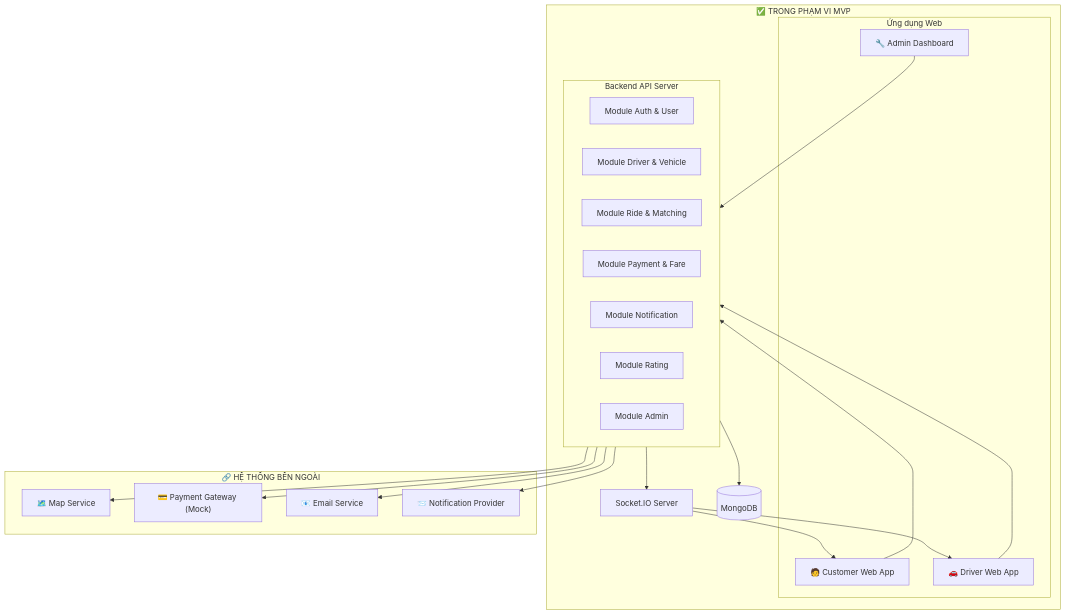
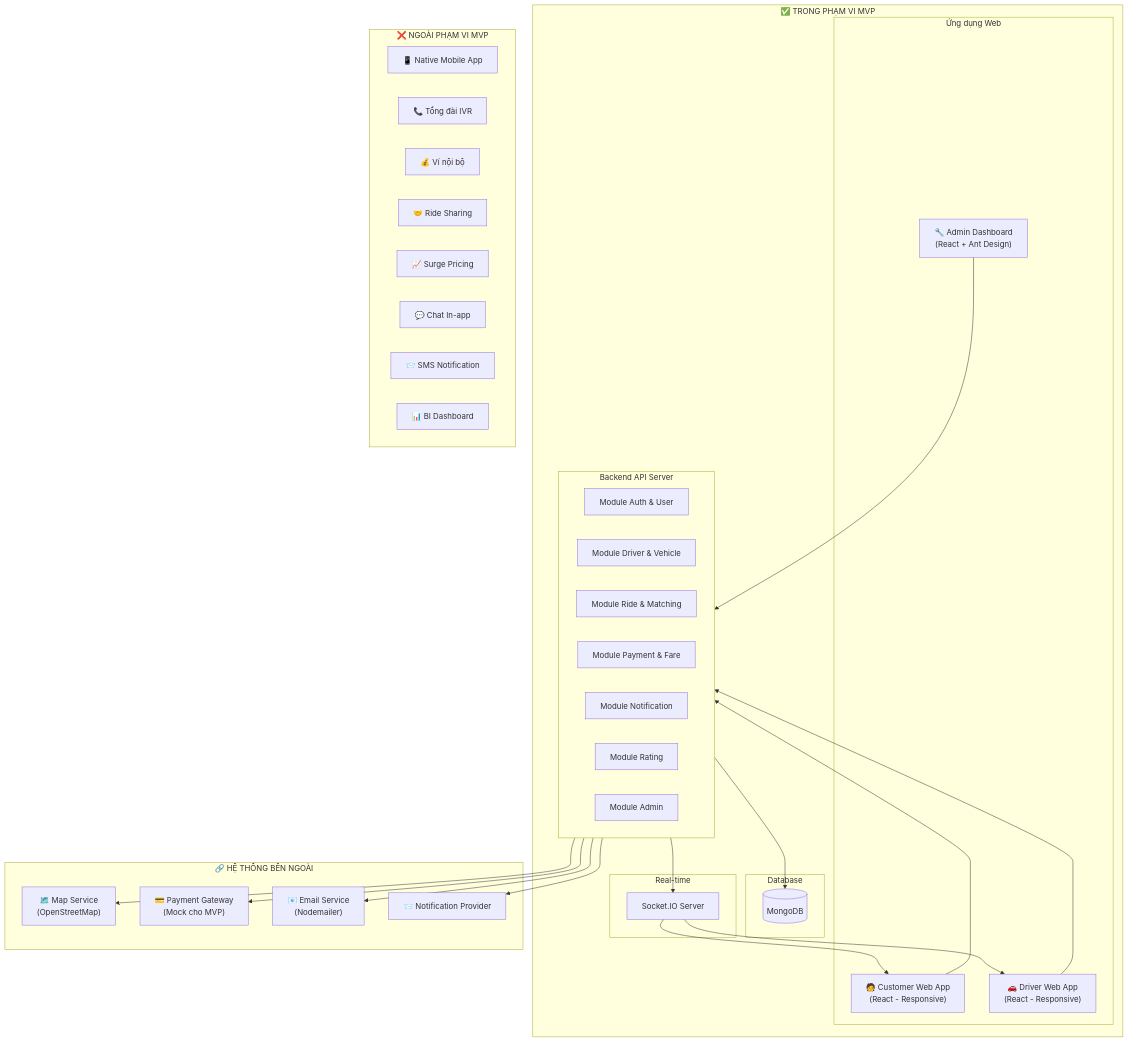
The fourth of 16 diagrams in srs.md (toru12030-netizen/23732061_MaiQuocHung_CabSystem), drawn with Mermaid before and after one commit. The commit also changed other lines of this file and 1 other file, not shown here.

Commit message:
Cập nhật nội dung srs

````diff
--- a/srs.md
+++ b/srs.md
@@ -266,40 +490,58 @@
 ```mermaid
 flowchart TB
     subgraph InScope["✅ TRONG PHẠM VI MVP"]
         subgraph Apps["Ứng dụng Web"]
-            CApp["🧑 Customer Web App"]
-            DApp["🚗 Driver Web App"]
-            AApp["🔧 Admin Dashboard"]
+            CApp["🧑 Customer Web App\n(React - Responsive)"]
+            DApp["🚗 Driver Web App\n(React - Responsive)"]
+            AApp["🔧 Admin Dashboard\n(React + Ant Design)"]
         end
+
         subgraph Backend["Backend API Server"]
             Auth["Module Auth & User"]
             Driver["Module Driver & Vehicle"]
             Ride["Module Ride & Matching"]
             Pay["Module Payment & Fare"]
             Notif["Module Notification"]
             Rating["Module Rating"]
             Admin["Module Admin"]
         end
-        DB[(MongoDB)]
-        Socket["Socket.IO Server"]
+
+        subgraph Data["Database"]
+            DB[(MongoDB)]
+        end
+
+        subgraph Realtime["Real-time"]
+            Socket["Socket.IO Server"]
+        end
+    end
+
+    subgraph OutScope["❌ NGOÀI PHẠM VI MVP"]
+        Mobile["📱 Native Mobile App"]
+        IVR["📞 Tổng đài IVR"]
+        Wallet["💰 Ví nội bộ"]
+        RideShare["🤝 Ride Sharing"]
+        Surge["📈 Surge Pricing"]
+        Chat["💬 Chat In-app"]
+        SMS["📨 SMS Notification"]
+        BI["📊 BI Dashboard"]
     end
 
     subgraph External["🔗 HỆ THỐNG BÊN NGOÀI"]
-        MapAPI["🗺️ Map Service"]
-        PayGW["💳 Payment Gateway (Mock)"]
-        EmailSvc["📧 Email Service"]
+        MapAPI["🗺️ Map Service\n(OpenStreetMap)"]
+        PayGW["💳 Payment Gateway\n(Mock cho MVP)"]
+        EmailSvc["📧 Email Service\n(Nodemailer)"]
         NotifProv["📨 Notification Provider"]
     end
 
     CApp --> Backend
     DApp --> Backend
     AApp --> Backend
     Backend --> DB
     Backend --> Socket
     Backend --> MapAPI
     Backend --> PayGW
     Backend --> EmailSvc
     Backend --> NotifProv
     Socket --> CApp
     Socket --> DApp
 ```
````
